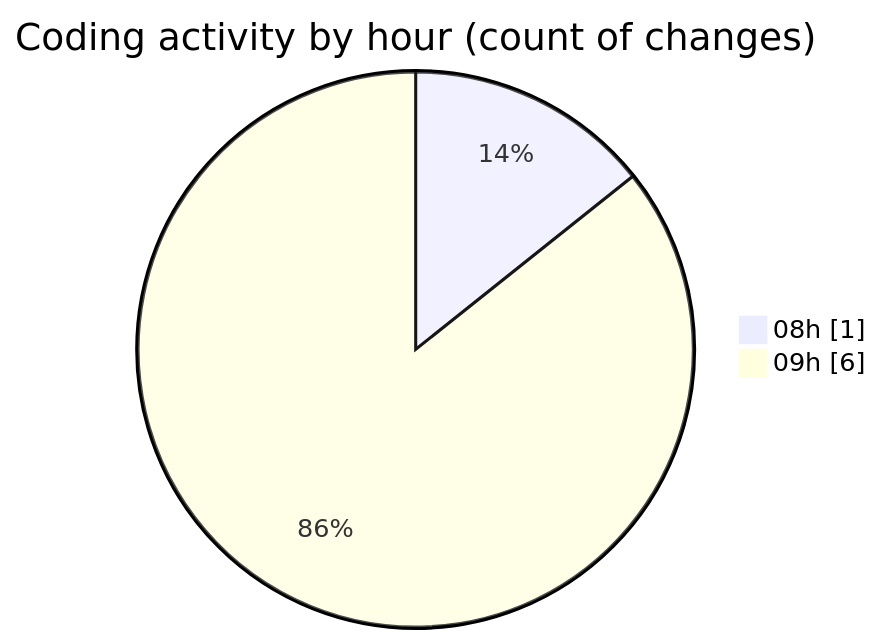
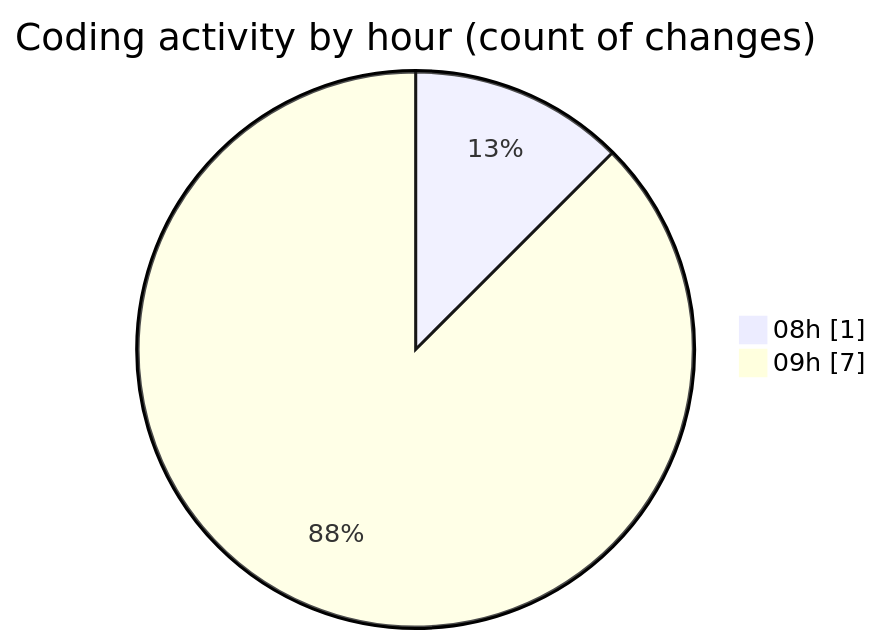
The second of 2 diagrams in 2026-04-14/cda/README.md (momahboobian/code-tracking), drawn with Mermaid before and after one commit. The commit also changed other lines of this file and 1 other file, not shown here.

````diff
--- a/2026-04-14/cda/README.md
+++ b/2026-04-14/cda/README.md
@@ -32,6 +33,6 @@
 ```mermaid
 pie showData
 title Coding activity by hour (count of changes)
 "08h" : 1
-"09h" : 6
+"09h" : 7
 ```
````
